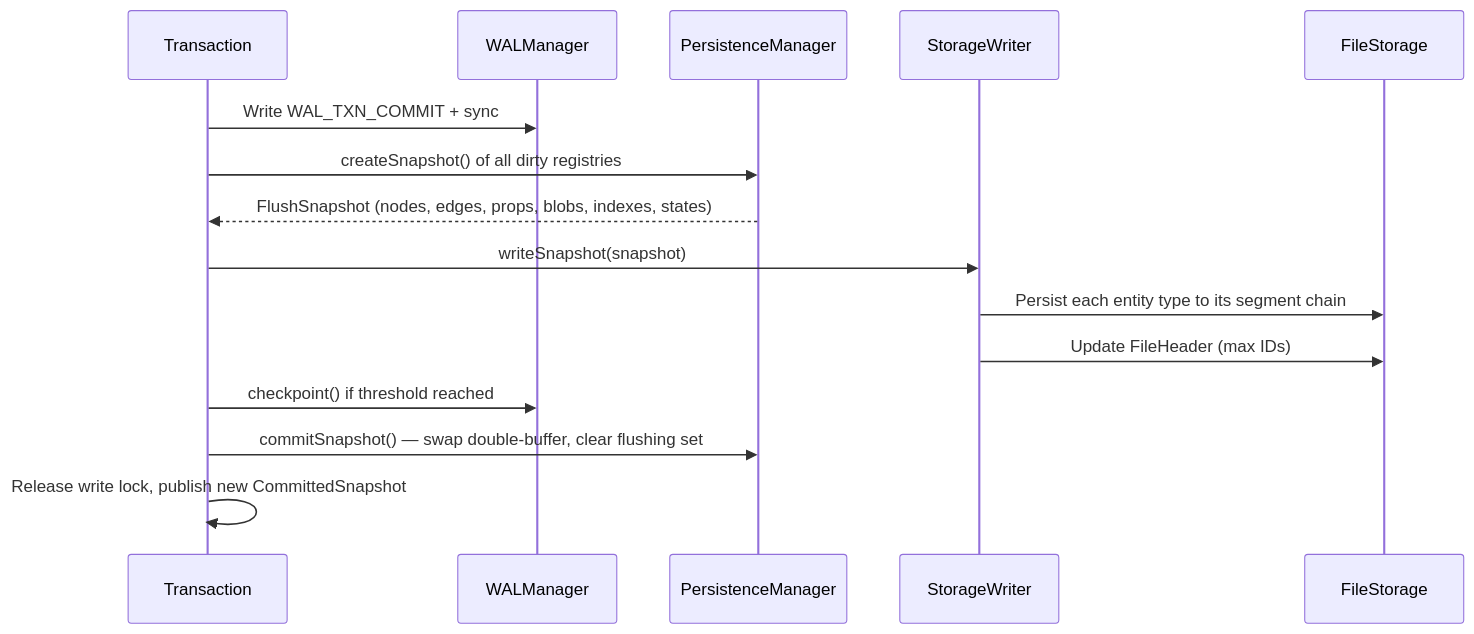
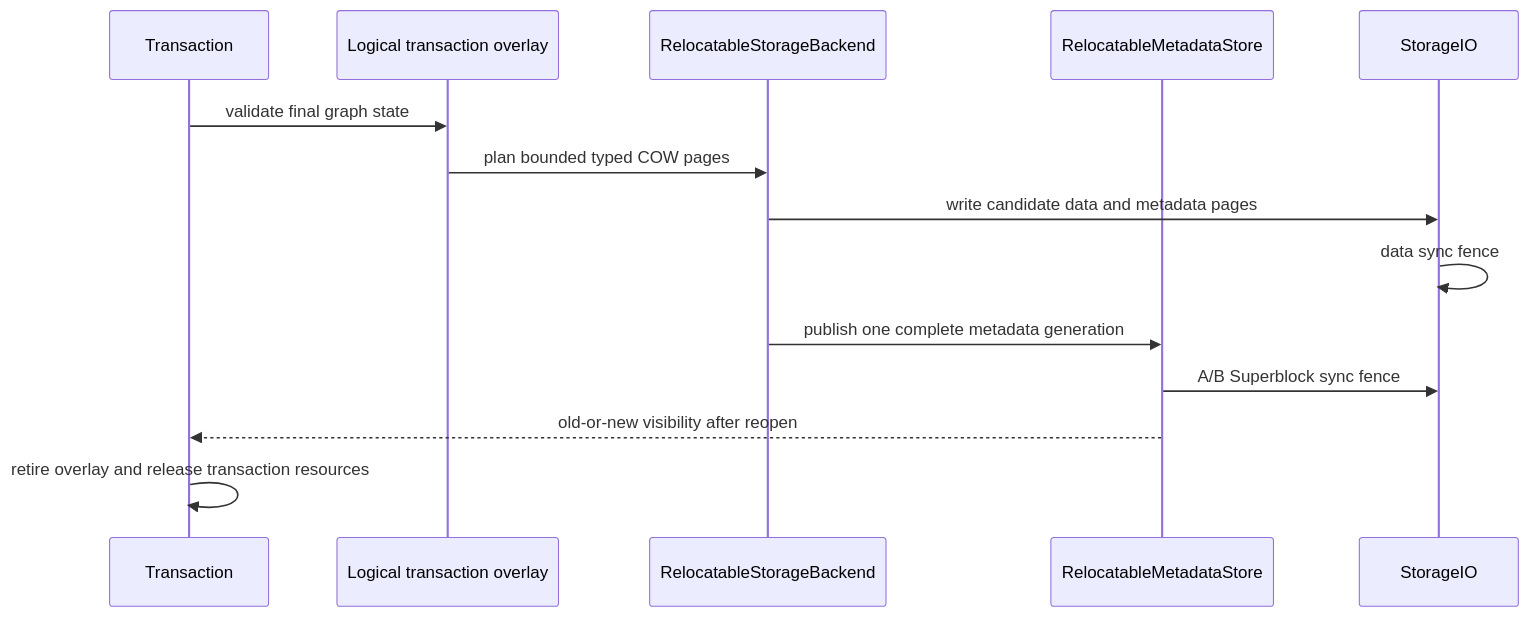
The third of 4 diagrams in docs/apps/docs/content/docs/en/zyx/architecture/overview.mdx (nexepic/zyx), drawn with Mermaid before and after one commit. The commit also changed other lines of this file and 1349 other files, not shown here.

First line of the commit message:
Retire legacy storage and harden native graph persistence

````diff
--- a/docs/apps/docs/content/docs/en/zyx/architecture/overview.mdx
+++ b/docs/apps/docs/content/docs/en/zyx/architecture/overview.mdx
@@ -116,18 +115,17 @@
 ```mermaid
 sequenceDiagram
     participant TX as Transaction
-    participant WAL as WALManager
-    participant PM as PersistenceManager
-    participant SW as StorageWriter
-    participant FS as FileStorage
+    participant Overlay as Logical transaction overlay
+    participant B as RelocatableStorageBackend
+    participant M as RelocatableMetadataStore
+    participant IO as StorageIO
 
-    TX->>WAL: Write WAL_TXN_COMMIT + sync
-    TX->>PM: createSnapshot() of all dirty registries
-    PM-->>TX: FlushSnapshot (nodes, edges, props, blobs, indexes, states)
-    TX->>SW: writeSnapshot(snapshot)
-    SW->>FS: Persist each entity type to its segment chain
-    SW->>FS: Update FileHeader (max IDs)
-    TX->>WAL: checkpoint() if threshold reached
-    TX->>PM: commitSnapshot() — swap double-buffer, clear flushing set
-    TX->>TX: Release write lock, publish new CommittedSnapshot
+    TX->>Overlay: validate final graph state
+    Overlay->>B: plan bounded typed COW pages
+    B->>IO: write candidate data and metadata pages
+    IO->>IO: data sync fence
+    B->>M: publish one complete metadata generation
+    M->>IO: A/B Superblock sync fence
+    M-->>TX: old-or-new visibility after reopen
+    TX->>TX: retire overlay and release transaction resources
 ```
````
